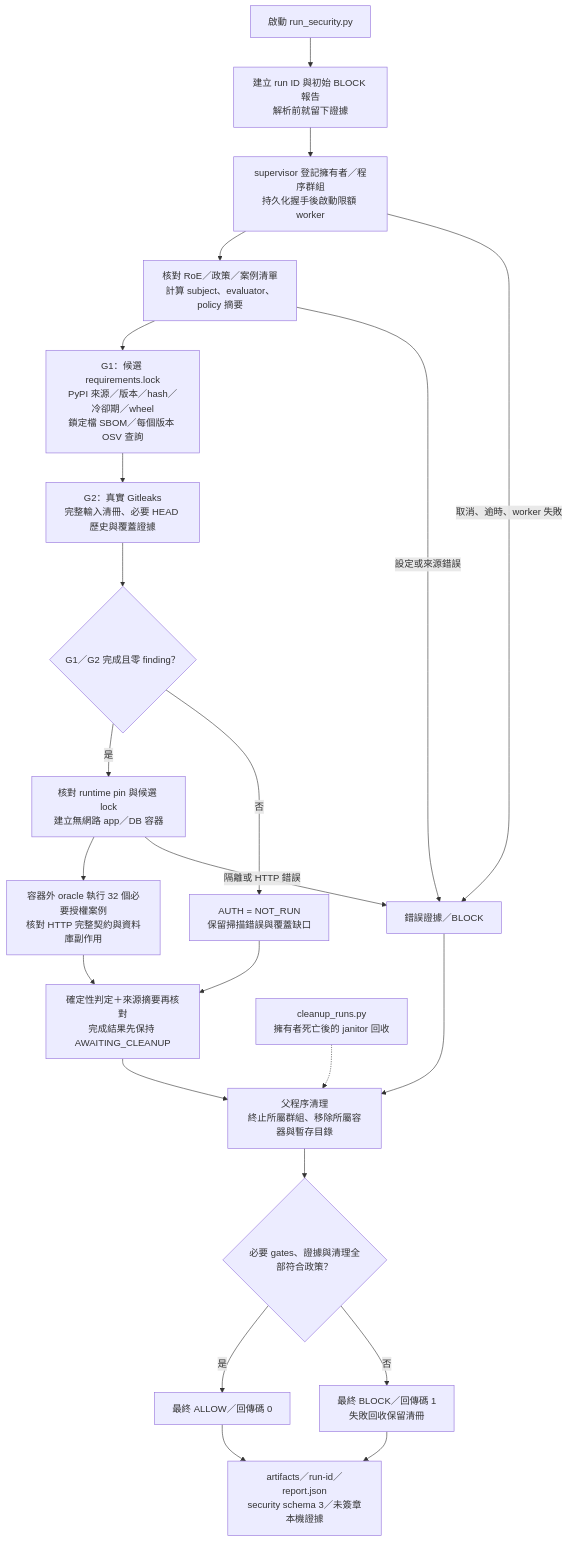
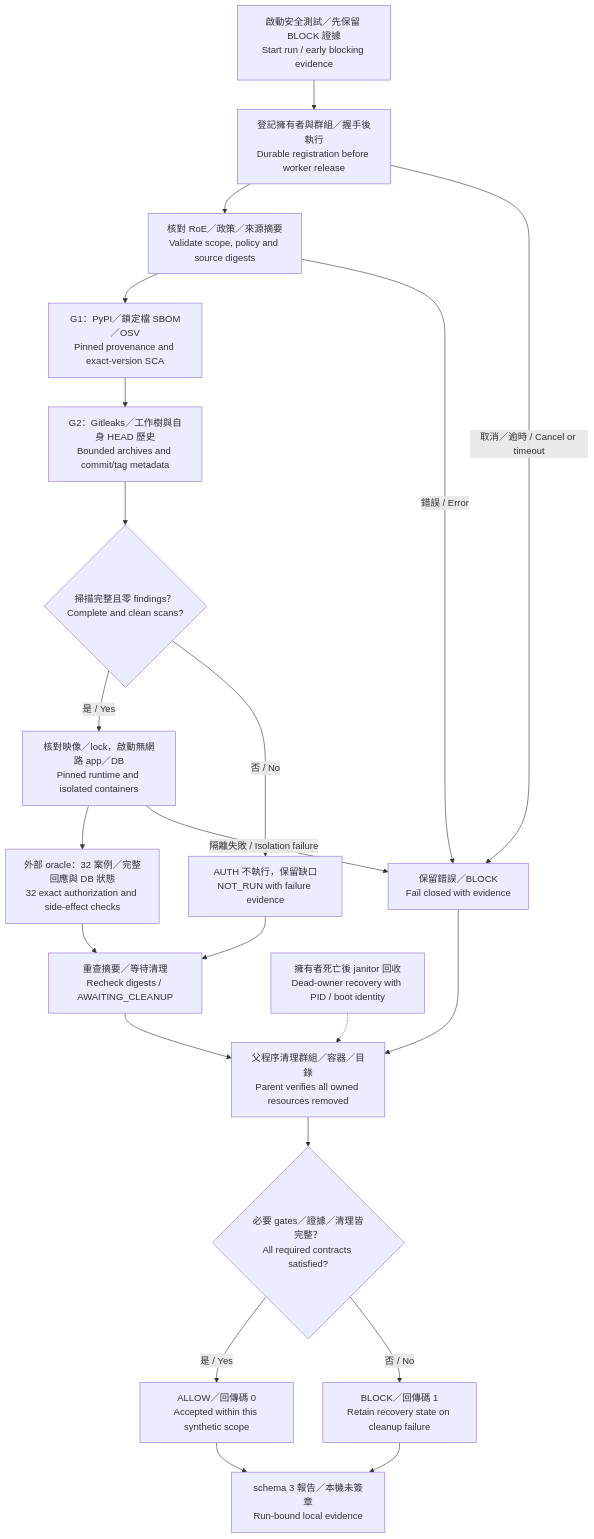
Before and after one commit to chinchiang/MultiAgentEpsilon: the diagram in docs/diagrams/security-flow.mmd, drawn with Mermaid. The commit also changed 128 other files, not shown here.

Commit message:
Fix evidence and import boundaries; add bounded LM Studio and bilingual docs

```diff
--- a/docs/diagrams/security-flow.mmd
+++ b/docs/diagrams/security-flow.mmd
@@ -1,23 +1,22 @@
 flowchart TB
-    Start["啟動 run_security.py"] --> Initial["建立 run ID 與初始 BLOCK 報告<br/>解析前就留下證據"]
-    Initial --> Parent["supervisor 登記擁有者／程序群組<br/>持久化握手後啟動限額 worker"]
-    Parent --> Config["核對 RoE／政策／案例清單<br/>計算 subject、evaluator、policy 摘要"]
-    Config --> G1["G1：候選 requirements.lock<br/>PyPI 來源／版本／hash／冷卻期／wheel<br/>鎖定檔 SBOM／每個版本 OSV 查詢"]
-    G1 --> G2["G2：真實 Gitleaks<br/>完整輸入清冊、必要 HEAD 歷史與覆蓋證據"]
-    G2 --> Precondition{"G1／G2 完成且零 finding？"}
-    Precondition -->|"是"| Containers["核對 runtime pin 與候選 lock<br/>建立無網路 app／DB 容器"]
-    Precondition -->|"否"| Skip["AUTH = NOT_RUN<br/>保留掃描錯誤與覆蓋缺口"]
-    Containers --> Auth["容器外 oracle 執行 32 個必要授權案例<br/>核對 HTTP 完整契約與資料庫副作用"]
-    Auth --> Pending["確定性判定＋來源摘要再核對<br/>完成結果先保持 AWAITING_CLEANUP"]
+    Start["啟動安全測試／先保留 BLOCK 證據<br/>Start run / early blocking evidence"] --> Parent["登記擁有者與群組／握手後執行<br/>Durable registration before worker release"]
+    Parent --> Config["核對 RoE／政策／來源摘要<br/>Validate scope, policy and source digests"]
+    Config --> G1["G1：PyPI／鎖定檔 SBOM／OSV<br/>Pinned provenance and exact-version SCA"]
+    G1 --> G2["G2：Gitleaks／工作樹與自身 HEAD 歷史<br/>Bounded archives and commit/tag metadata"]
+    G2 --> Ready{"掃描完整且零 findings？<br/>Complete and clean scans?"}
+    Ready -->|"是 / Yes"| Runtime["核對映像／lock，啟動無網路 app／DB<br/>Pinned runtime and isolated containers"]
+    Ready -->|"否 / No"| Skip["AUTH 不執行，保留缺口<br/>NOT_RUN with failure evidence"]
+    Runtime --> Auth["外部 oracle：32 案例／完整回應與 DB 狀態<br/>32 exact authorization and side-effect checks"]
+    Auth --> Pending["重查摘要／等待清理<br/>Recheck digests / AWAITING_CLEANUP"]
     Skip --> Pending
-    Config -->|"設定或來源錯誤"| Error["錯誤證據／BLOCK"]
-    Containers -->|"隔離或 HTTP 錯誤"| Error
-    Parent -->|"取消、逾時、worker 失敗"| Error
+    Config -->|"錯誤 / Error"| Error["保留錯誤／BLOCK<br/>Fail closed with evidence"]
+    Runtime -->|"隔離失敗 / Isolation failure"| Error
+    Parent -->|"取消／逾時 / Cancel or timeout"| Error
+    Pending --> Cleanup["父程序清理群組／容器／目錄<br/>Parent verifies all owned resources removed"]
     Error --> Cleanup
-    Pending --> Cleanup["父程序清理<br/>終止所屬群組、移除所屬容器與暫存目錄"]
-    Cleanup --> Eligible{"必要 gates、證據與清理全部符合政策？"}
-    Eligible -->|"是"| Allow["最終 ALLOW／回傳碼 0"]
-    Eligible -->|"否"| Block["最終 BLOCK／回傳碼 1<br/>失敗回收保留清冊"]
-    Recovery["cleanup_runs.py<br/>擁有者死亡後的 janitor 回收"] -.-> Cleanup
-    Allow --> Evidence["artifacts／run-id／report.json<br/>security schema 3／未簽章本機證據"]
-    Block --> Evidence
+    Recovery["擁有者死亡後 janitor 回收<br/>Dead-owner recovery with PID / boot identity"] -.-> Cleanup
+    Cleanup --> Eligible{"必要 gates／證據／清理皆完整？<br/>All required contracts satisfied?"}
+    Eligible -->|"是 / Yes"| Allow["ALLOW／回傳碼 0<br/>Accepted within this synthetic scope"]
+    Eligible -->|"否 / No"| Block["BLOCK／回傳碼 1<br/>Retain recovery state on cleanup failure"]
+    Allow --> Report["schema 3 報告／本機未簽章<br/>Run-bound local evidence"]
+    Block --> Report
```
